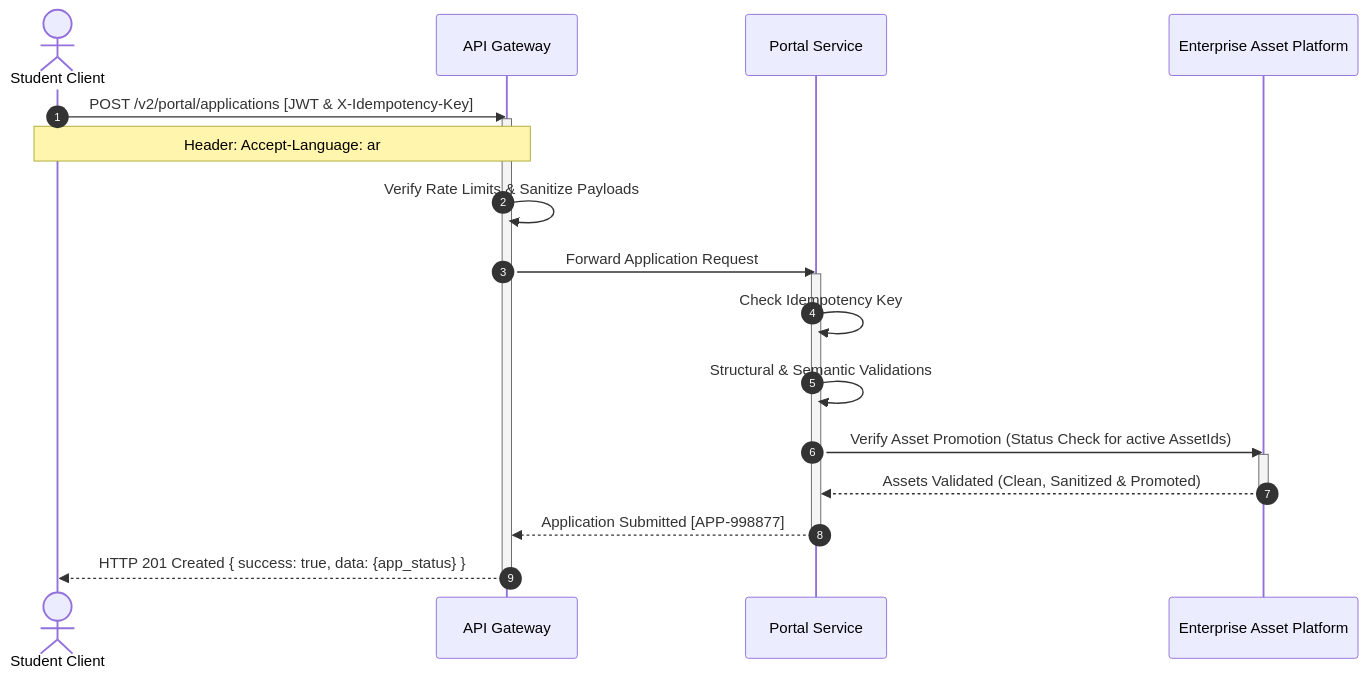
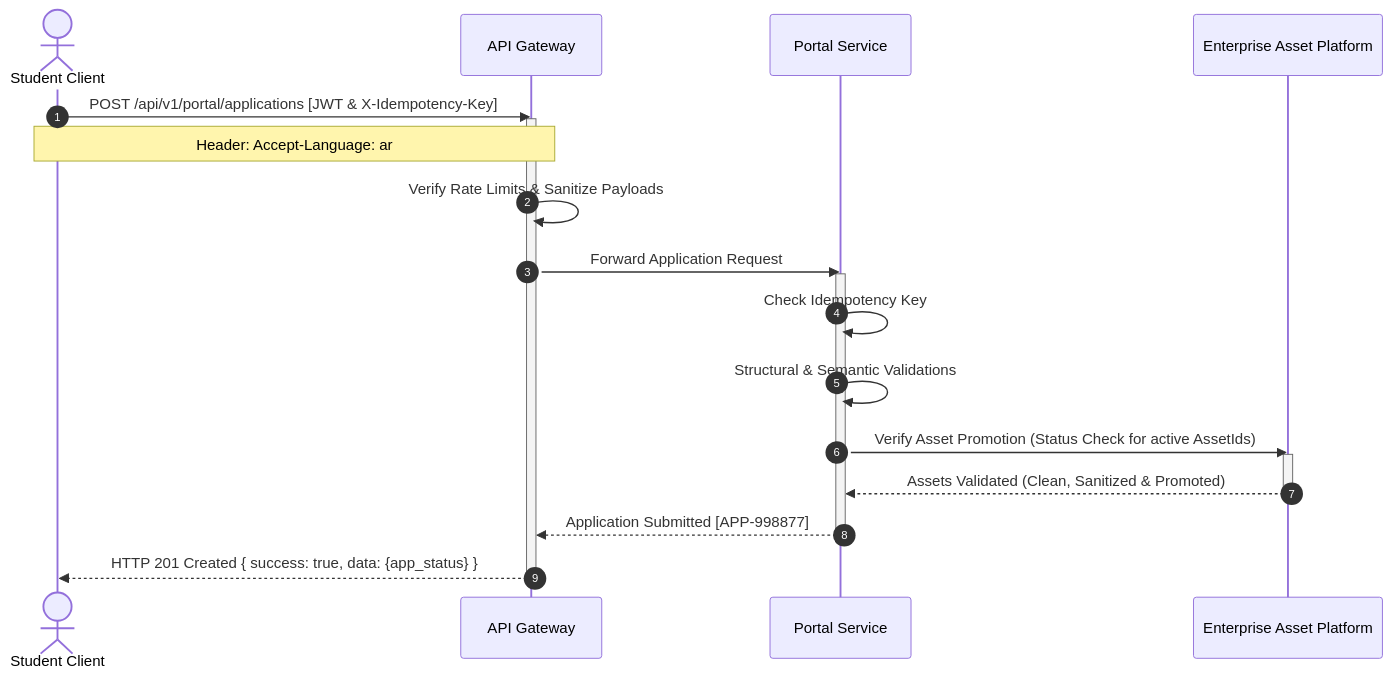
One commit to wegdangamil2022-oss/MANARATAK_FINAL changed the diagram in docs/phases/phase-02-solution-architecture/phase-02-13-rest-api-contracts.md. Above: the diagram before and after it, drawn with Mermaid. The commit also changed other lines of this file and 172 other files, not shown here.

````diff
--- a/docs/phases/phase-02-solution-architecture/phase-02-13-rest-api-contracts.md
+++ b/docs/phases/phase-02-solution-architecture/phase-02-13-rest-api-contracts.md
@@ -658,27 +661,27 @@
 ```mermaid
 sequenceDiagram
     autonumber
     actor Student as Student Client
     participant GW as API Gateway
     participant PortalS as Portal Service
     participant EAP as Enterprise Asset Platform
 
-    Student->>GW: POST /v2/portal/applications [JWT & X-Idempotency-Key]
+    Student->>GW: POST /api/v1/portal/applications [JWT & X-Idempotency-Key]
     activate GW
     Note over Student,GW: Header: Accept-Language: ar
     GW->>GW: Verify Rate Limits & Sanitize Payloads
     GW->>PortalS: Forward Application Request
     activate PortalS
     PortalS->>PortalS: Check Idempotency Key
     PortalS->>PortalS: Structural & Semantic Validations
 
     PortalS->>EAP: Verify Asset Promotion (Status Check for active AssetIds)
     activate EAP
     EAP-->>PortalS: Assets Validated (Clean, Sanitized & Promoted)
     deactivate EAP
 
     PortalS-->>GW: Application Submitted [APP-998877]
     deactivate PortalS
     GW-->>Student: HTTP 201 Created { success: true, data: {app_status} }
     deactivate GW
 ```
````
